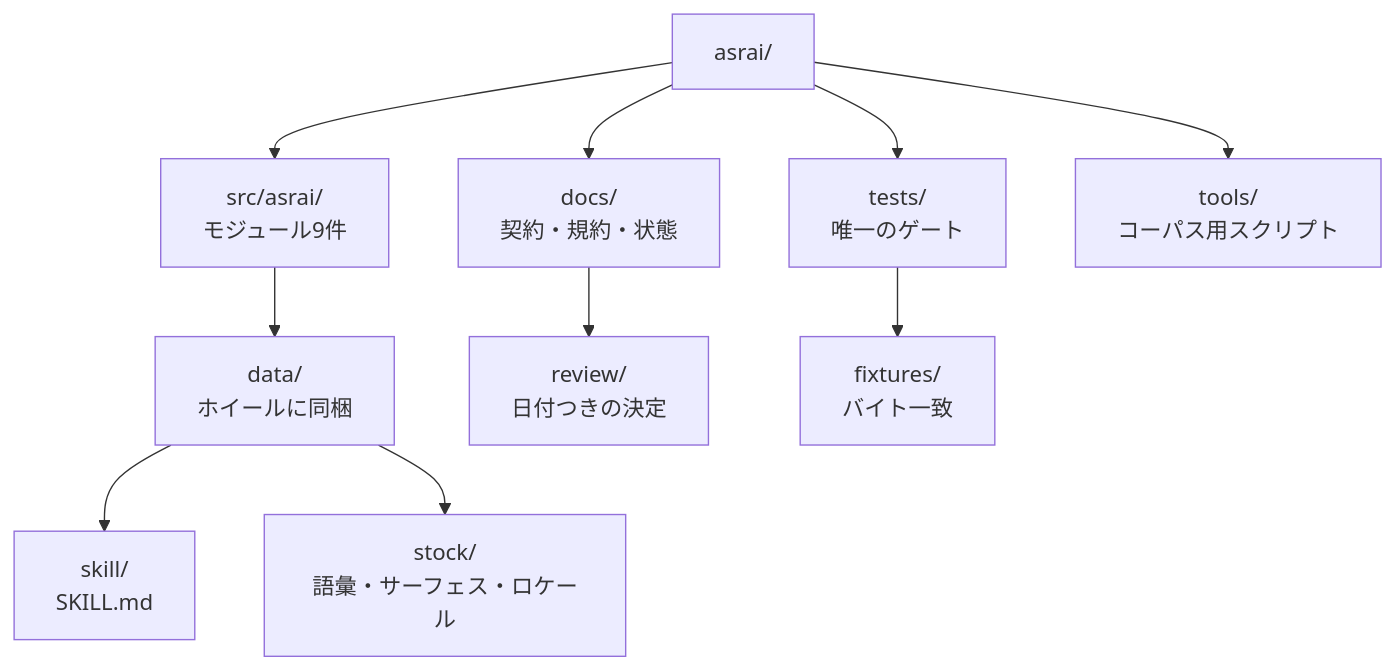
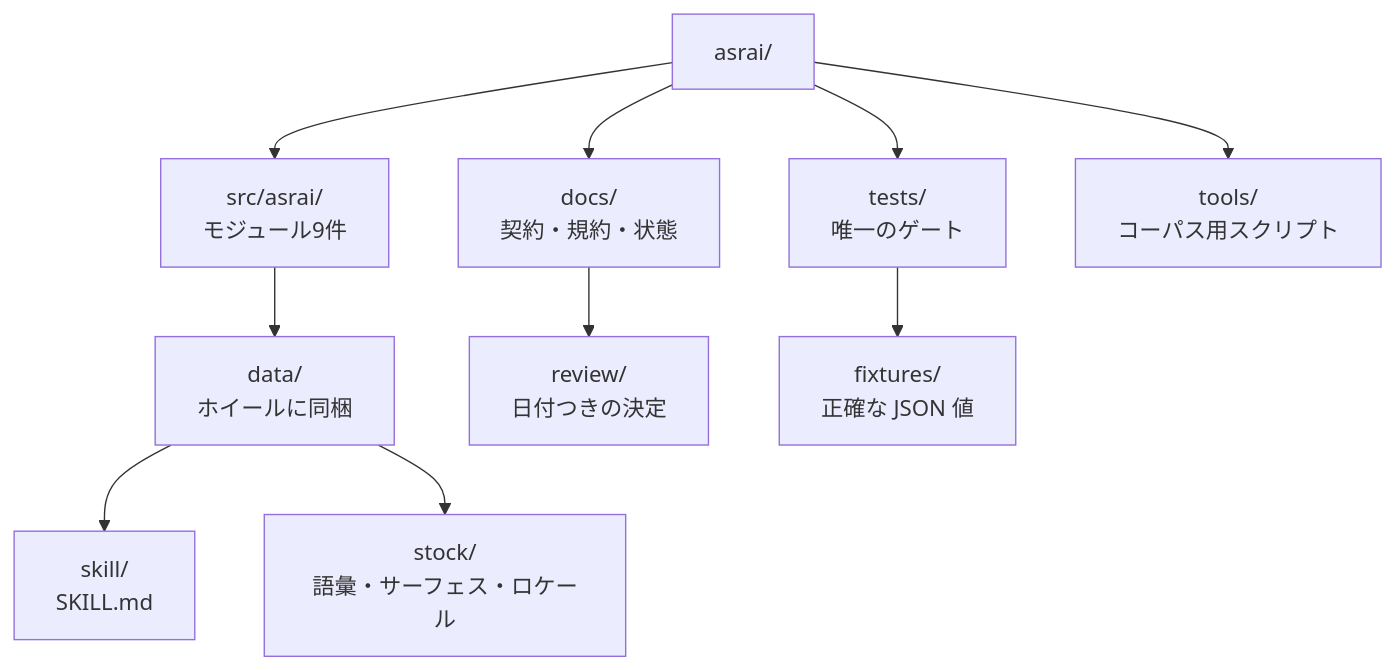
Before and after one commit to Stdev17/asrai: the diagram in docs/i18n/ja/README.md, drawn with Mermaid. The commit also changed other lines of this file and 2 other files, not shown here.

````diff
--- a/docs/i18n/ja/README.md
+++ b/docs/i18n/ja/README.md
@@ -71,8 +76,8 @@
 ```mermaid
 flowchart TD
     ROOT["asrai/"] --> SRC["src/asrai/<br/>モジュール9件"] & DOCS["docs/<br/>契約・規約・状態"] & TESTS["tests/<br/>唯一のゲート"] & TOOLS["tools/<br/>コーパス用スクリプト"]
     SRC --> DATA["data/<br/>ホイールに同梱"]
     DATA --> SKILL["skill/<br/>SKILL.md"] & STOCK["stock/<br/>語彙・サーフェス・ロケール"]
     DOCS --> REVIEW["review/<br/>日付つきの決定"]
-    TESTS --> FIX["fixtures/<br/>バイト一致"]
+    TESTS --> FIX["fixtures/<br/>正確な JSON 値"]
 ```
````
